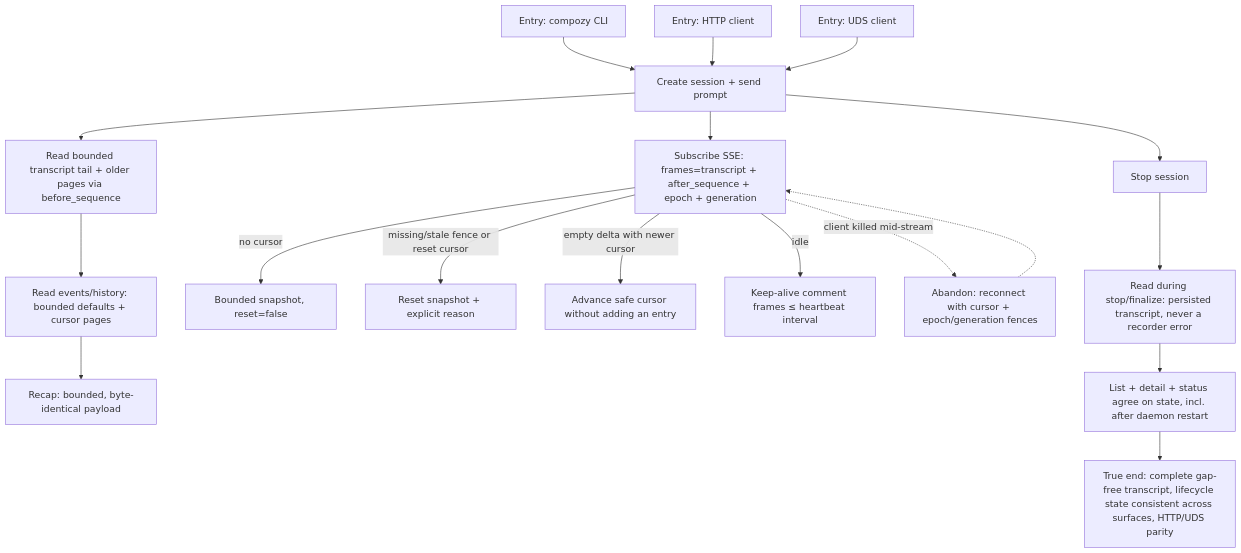
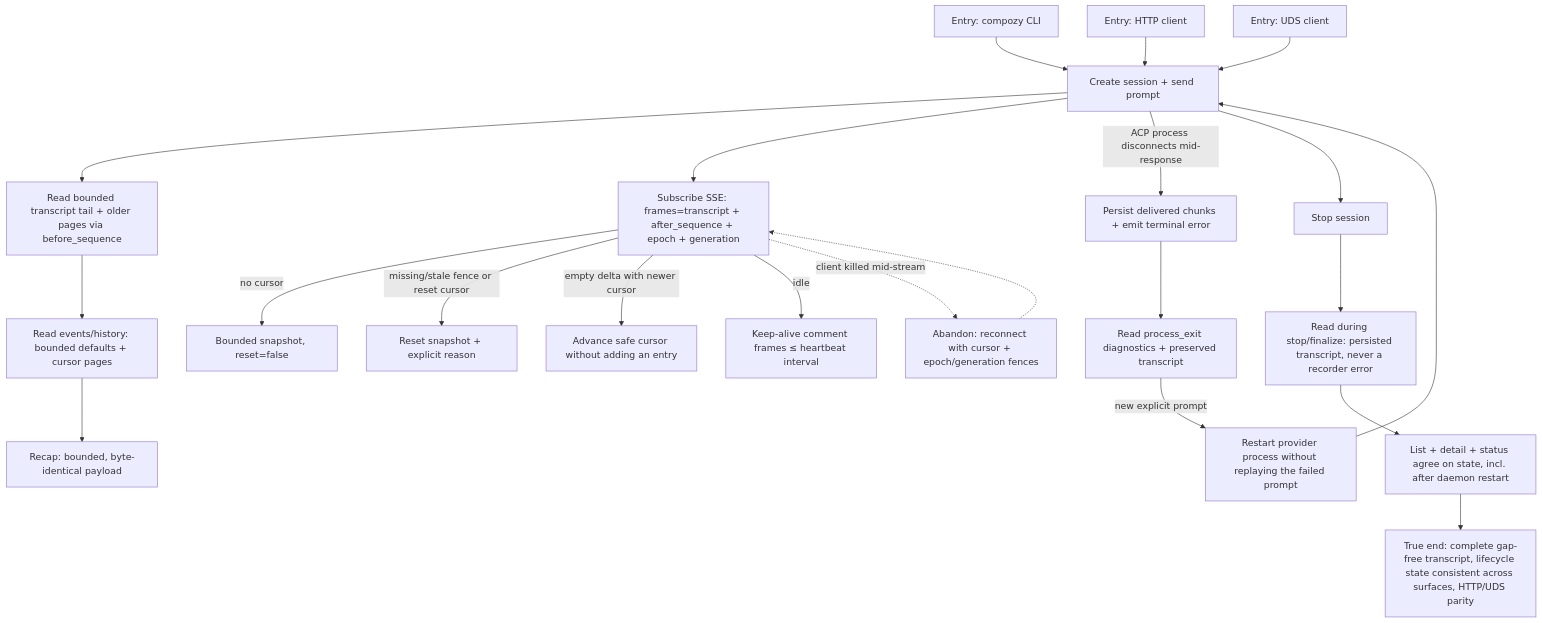
The diagram in docs/qa/journeys/J-15-operate-session-via-cli-api.md (compozy/compozy), drawn with Mermaid before and after one commit. The commit also changed other lines of this file and 26 other files, not shown here.

````diff
--- a/docs/qa/journeys/J-15-operate-session-via-cli-api.md
+++ b/docs/qa/journeys/J-15-operate-session-via-cli-api.md
@@ -5,20 +5,24 @@
 ```mermaid
 flowchart TD
     E1[Entry: compozy CLI] --> C[Create session + send prompt]
     E2[Entry: HTTP client] --> C
     E3[Entry: UDS client] --> C
     C --> REST[Read bounded transcript tail + older pages via before_sequence]
     C --> STRM[Subscribe SSE: frames=transcript + after_sequence + epoch + generation]
+    C -->|ACP process disconnects mid-response| PFAIL[Persist delivered chunks + emit terminal error]
+    PFAIL --> DIAG[Read process_exit diagnostics + preserved transcript]
+    DIAG -->|new explicit prompt| RECOVER[Restart provider process without replaying the failed prompt]
+    RECOVER --> C
     STRM -->|no cursor| SNAP[Bounded snapshot, reset=false]
     STRM -->|missing/stale fence or reset cursor| RESET[Reset snapshot + explicit reason]
     STRM -->|empty delta with newer cursor| ADV[Advance safe cursor without adding an entry]
     STRM -->|idle| KA[Keep-alive comment frames ≤ heartbeat interval]
     REST --> RD[Read events/history: bounded defaults + cursor pages]
     RD --> RC[Recap: bounded, byte-identical payload]
     C --> STOP[Stop session]
     STOP --> DR[Read during stop/finalize: persisted transcript, never a recorder error]
     DR --> LS[List + detail + status agree on state, incl. after daemon restart]
     STRM -.->|client killed mid-stream| AB[Abandon: reconnect with cursor + epoch/generation fences]
     AB -.-> STRM
     LS --> TE[True end: complete gap-free transcript, lifecycle state consistent across surfaces, HTTP/UDS parity]
 ```
````
